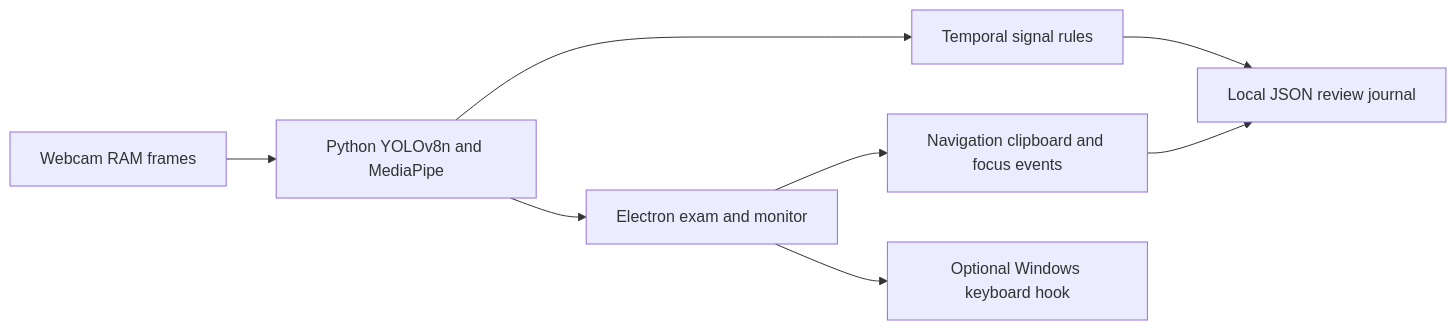
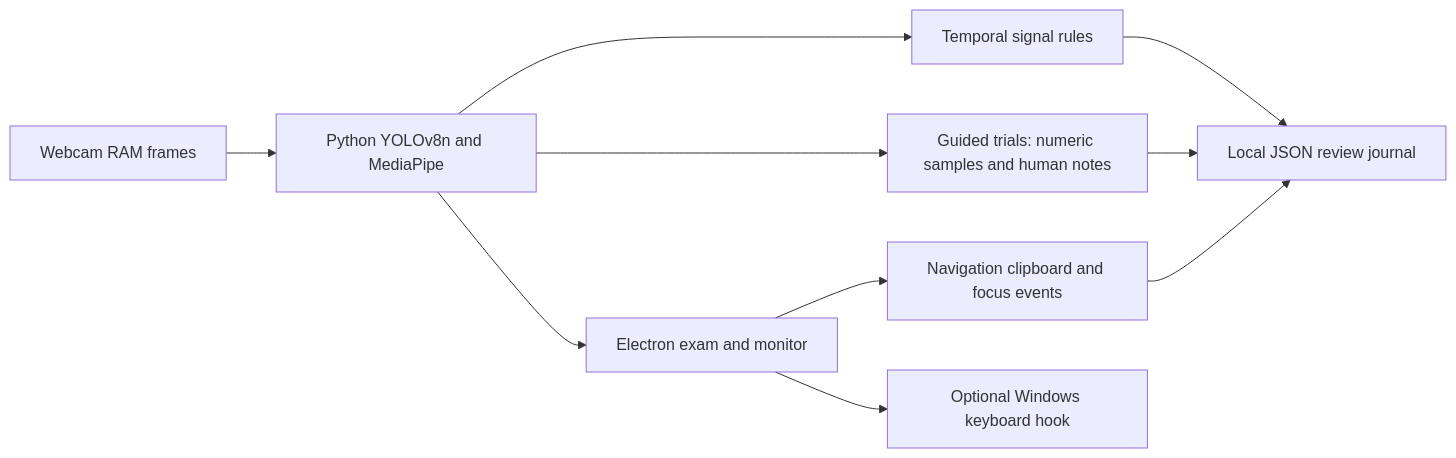
Before and after one commit to X-0mEGa-X/qostanai-local-proctor: the diagram in docs/ARCHITECTURE.md, drawn with Mermaid. The commit also changed other lines of this file and 25 other files, not shown here.

````diff
--- a/docs/ARCHITECTURE.md
+++ b/docs/ARCHITECTURE.md
@@ -5,10 +5,12 @@
 ```mermaid
 flowchart LR
     Camera[Webcam RAM frames] --> Vision[Python YOLOv8n and MediaPipe]
     Vision --> Rules[Temporal signal rules]
     Rules --> Journal[Local JSON review journal]
     Vision --> UI[Electron exam and monitor]
+    Vision --> Trials[Guided trials: numeric samples and human notes]
+    Trials --> Journal
     UI --> Env[Navigation clipboard and focus events]
     Env --> Journal
     UI --> Guard[Optional Windows keyboard hook]
 ```
````
